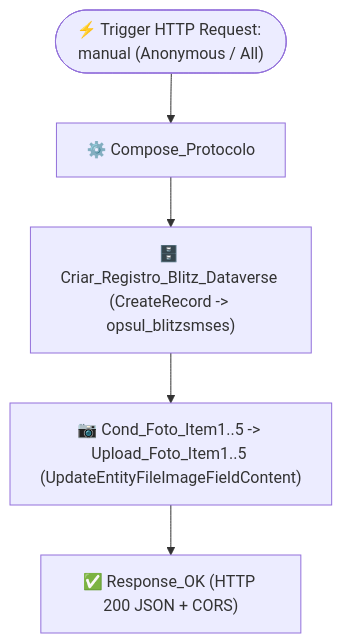
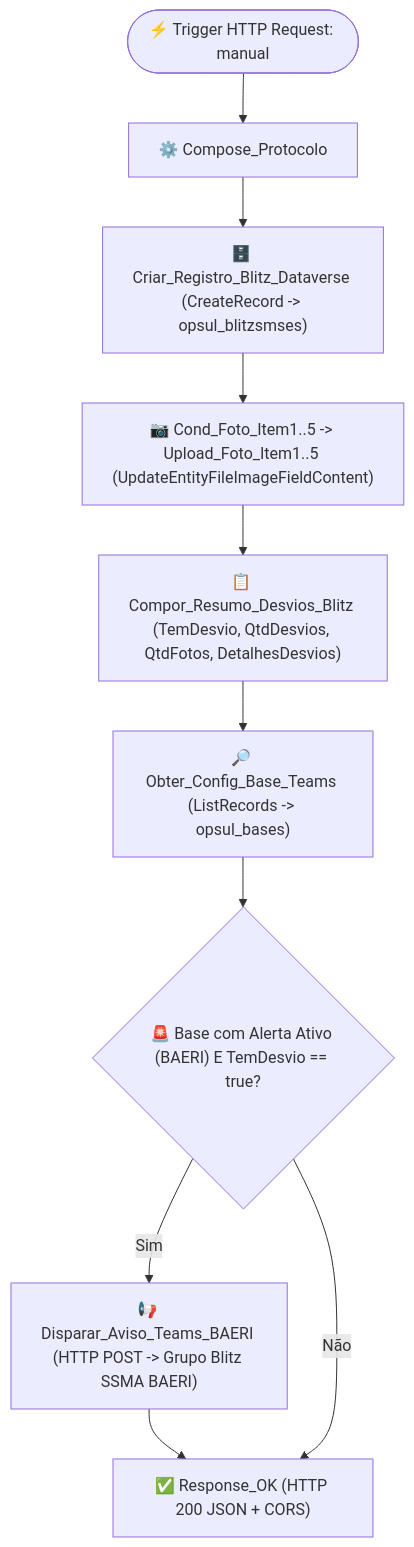
One commit to CRISTIANCARLOS/vibra-oper-opsul-blitz-sms changed the diagram in flows/oper_opsul_api_blitz_de_sms/README.md. Above: the diagram before and after it, drawn with Mermaid. The commit also changed other lines of this file and 15 other files, not shown here.

Commit message:
feat(teams): alerta automatico de desvio na BAERI para o grupo Blitz SSMA BAERI (v1.4.0)

````diff
--- a/flows/oper_opsul_api_blitz_de_sms/README.md
+++ b/flows/oper_opsul_api_blitz_de_sms/README.md
@@ -13,9 +13,15 @@
 ```mermaid
 flowchart TD
-    TRIG(["⚡ Trigger HTTP Request: manual (Anonymous / All)"])
+    TRIG(["⚡ Trigger HTTP Request: manual"])
     PROTO["⚙️ Compose_Protocolo"]
     CREATE["🗄️ Criar_Registro_Blitz_Dataverse (CreateRecord -> opsul_blitzsmses)"]
     FOTO["📷 Cond_Foto_Item1..5 -> Upload_Foto_Item1..5 (UpdateEntityFileImageFieldContent)"]
+    RESUMO["📋 Compor_Resumo_Desvios_Blitz (TemDesvio, QtdDesvios, QtdFotos, DetalhesDesvios)"]
+    CFG_BASE["🔎 Obter_Config_Base_Teams (ListRecords -> opsul_bases)"]
+    COND_TEAMS{"🚨 Base com Alerta Ativo (BAERI) E TemDesvio == true?"}
+    POST_TEAMS["📢 Disparar_Aviso_Teams_BAERI (HTTP POST -> Grupo Blitz SSMA BAERI)"]
     ACT["✅ Response_OK (HTTP 200 JSON + CORS)"]
-    TRIG --> PROTO --> CREATE --> FOTO --> ACT
+    TRIG --> PROTO --> CREATE --> FOTO --> RESUMO --> CFG_BASE --> COND_TEAMS
+    COND_TEAMS -->|"Sim"| POST_TEAMS --> ACT
+    COND_TEAMS -->|"Não"| ACT
 ```
````
